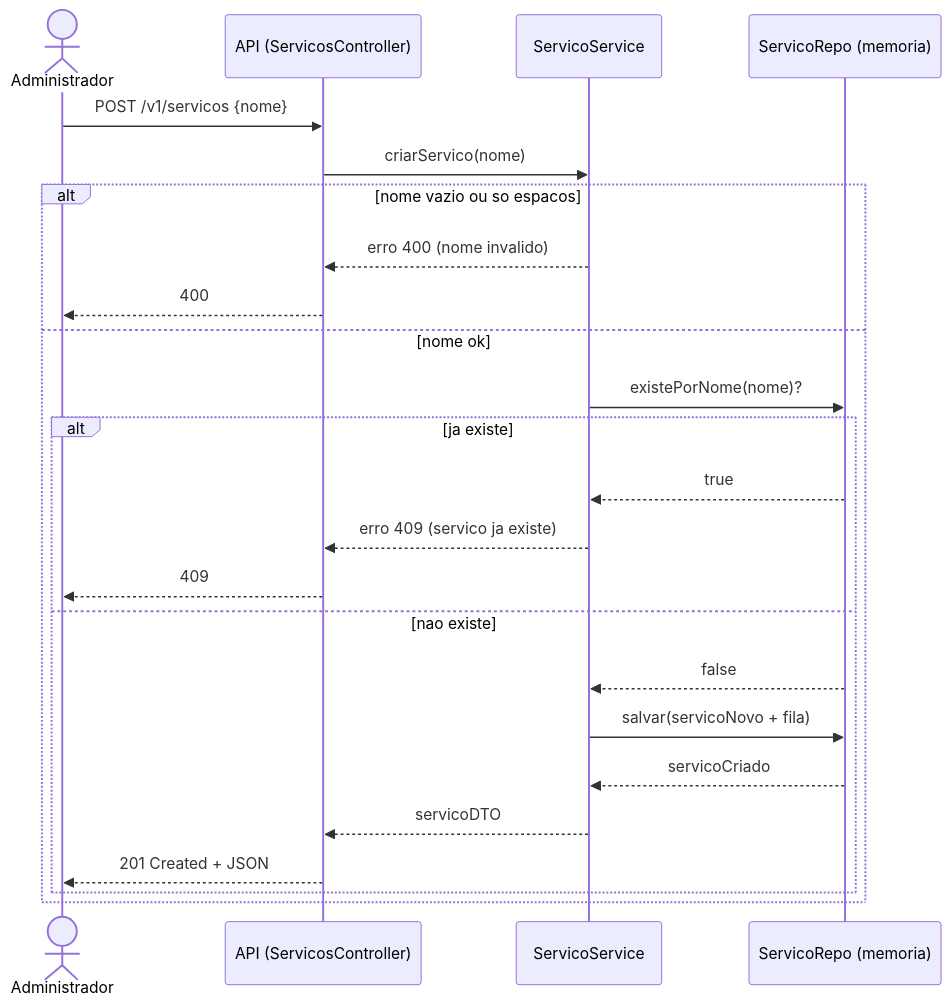
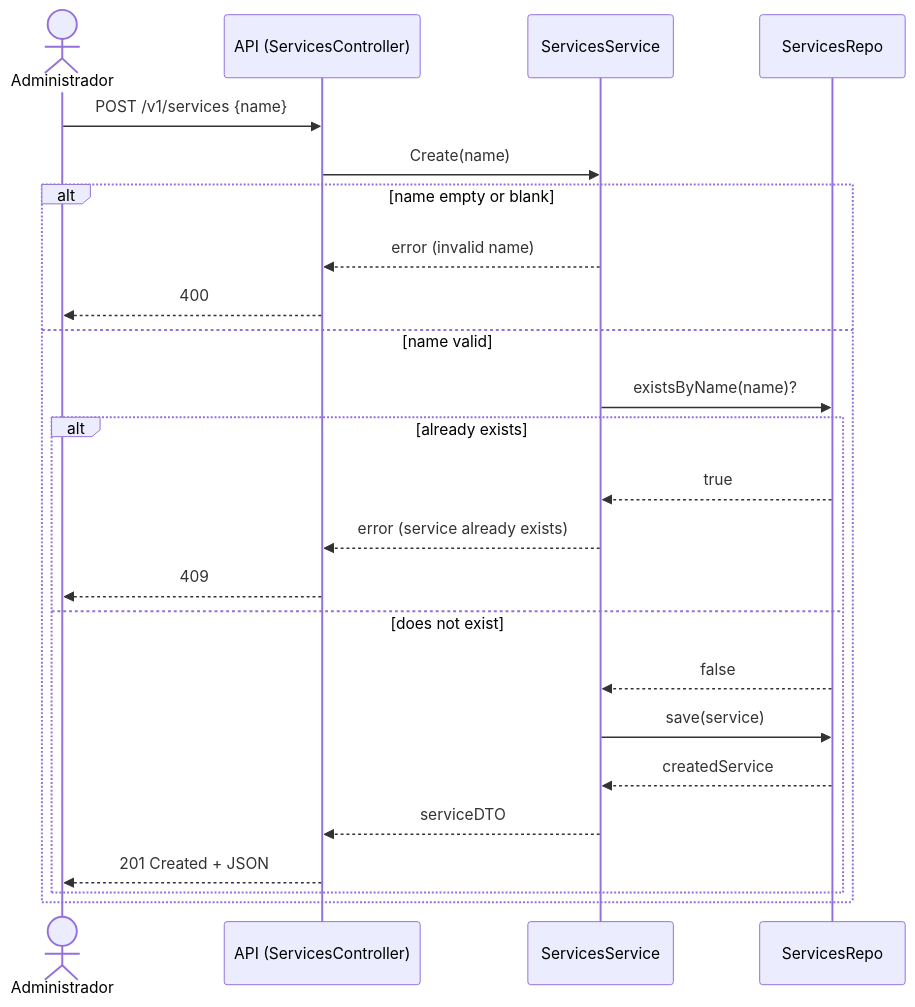
The ninth of 11 diagrams in docs/sequence_diagram.md (IsabelaSiqueira1/systemPDI), drawn with Mermaid before and after one commit. The commit also changed other lines of this file and 2 other files, not shown here.

Commit message:
refactor: update service terminology to Portuguese and switch to linked list for service storage

````diff
--- a/docs/sequence_diagram.md
+++ b/docs/sequence_diagram.md
@@ -758,29 +758,29 @@
 ```mermaid
 
 sequenceDiagram
     actor Admin as Administrador
-    participant API as API (ServicosController)
-    participant SVC as ServicoService
-    participant Repo as ServicoRepo (memoria)
+    participant API as API (ServicesController)
+    participant SVC as ServicesService
+    participant Repo as ServicesRepo
 
-    Admin->>API: POST /v1/servicos {nome}
-    API->>SVC: criarServico(nome)
+    Admin->>API: POST /v1/services {name}
+    API->>SVC: Create(name)
 
-    alt nome vazio ou so espacos
-        SVC-->>API: erro 400 (nome invalido)
+    alt name empty or blank
+        SVC-->>API: error (invalid name)
         API-->>Admin: 400
-    else nome ok
-        SVC->>Repo: existePorNome(nome)?
-        alt ja existe
+    else name valid
+        SVC->>Repo: existsByName(name)?
+        alt already exists
             Repo-->>SVC: true
-            SVC-->>API: erro 409 (servico ja existe)
+            SVC-->>API: error (service already exists)
             API-->>Admin: 409
-        else nao existe
+        else does not exist
             Repo-->>SVC: false
-            SVC->>Repo: salvar(servicoNovo + fila)
-            Repo-->>SVC: servicoCriado
-            SVC-->>API: servicoDTO
+            SVC->>Repo: save(service)
+            Repo-->>SVC: createdService
+            SVC-->>API: serviceDTO
             API-->>Admin: 201 Created + JSON
         end
     end
 ```
````
